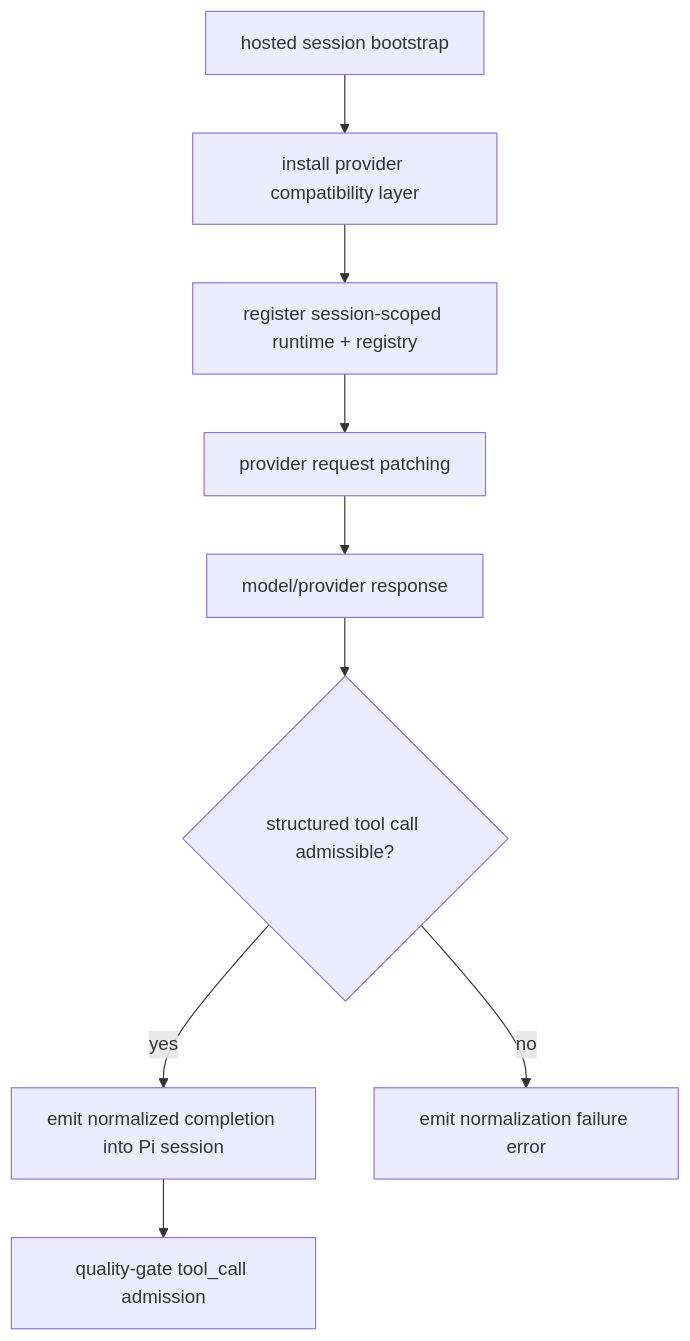
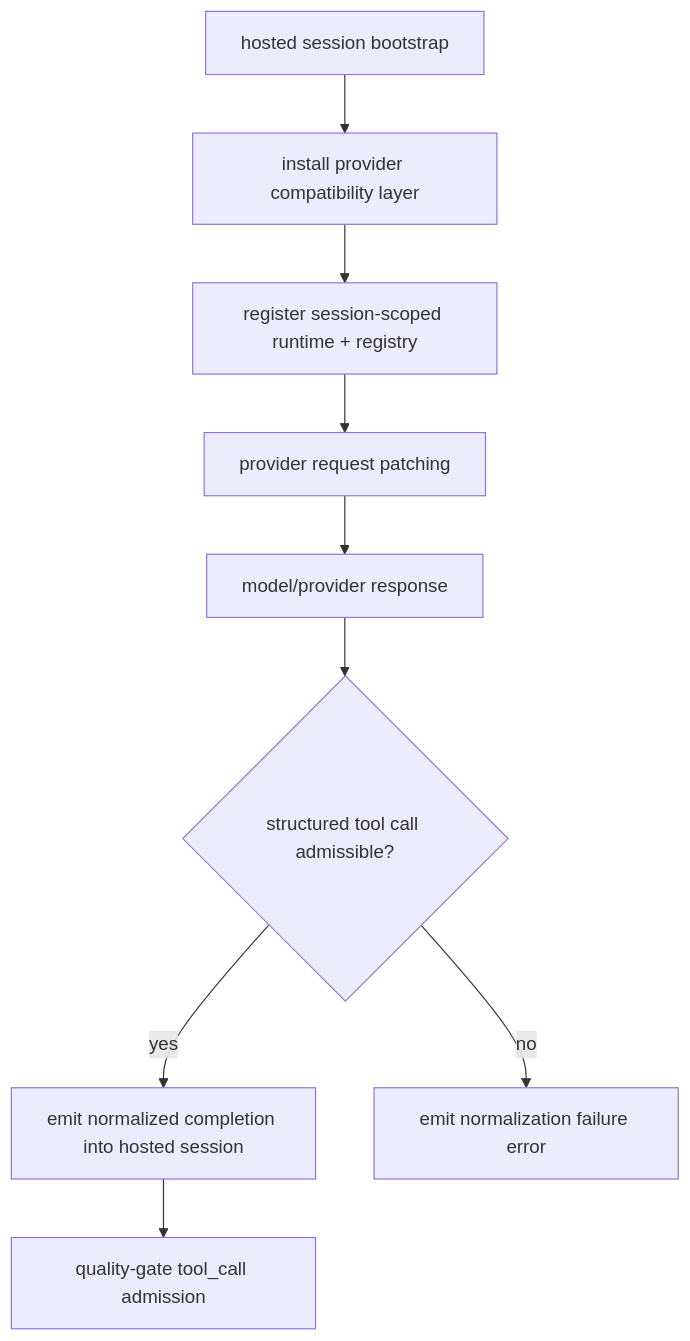
One commit to arcthur/Brewva changed the fifth of 9 diagrams in docs/architecture/control-and-data-flow.md. Above: the diagram before and after it, drawn with Mermaid. The commit also changed other lines of this file and 95 other files, not shown here.

````diff
--- a/docs/architecture/control-and-data-flow.md
+++ b/docs/architecture/control-and-data-flow.md
@@ -92,11 +92,11 @@
 ```mermaid
 flowchart TD
   A["hosted session bootstrap"] --> B["install provider compatibility layer"]
   B --> C["register session-scoped runtime + registry"]
   C --> D["provider request patching"]
   D --> E["model/provider response"]
   E --> F{"structured tool call admissible?"}
-  F -->|yes| G["emit normalized completion into Pi session"]
+  F -->|yes| G["emit normalized completion into hosted session"]
   F -->|no| H["emit normalization failure error"]
   G --> I["quality-gate tool_call admission"]
 ```
````
